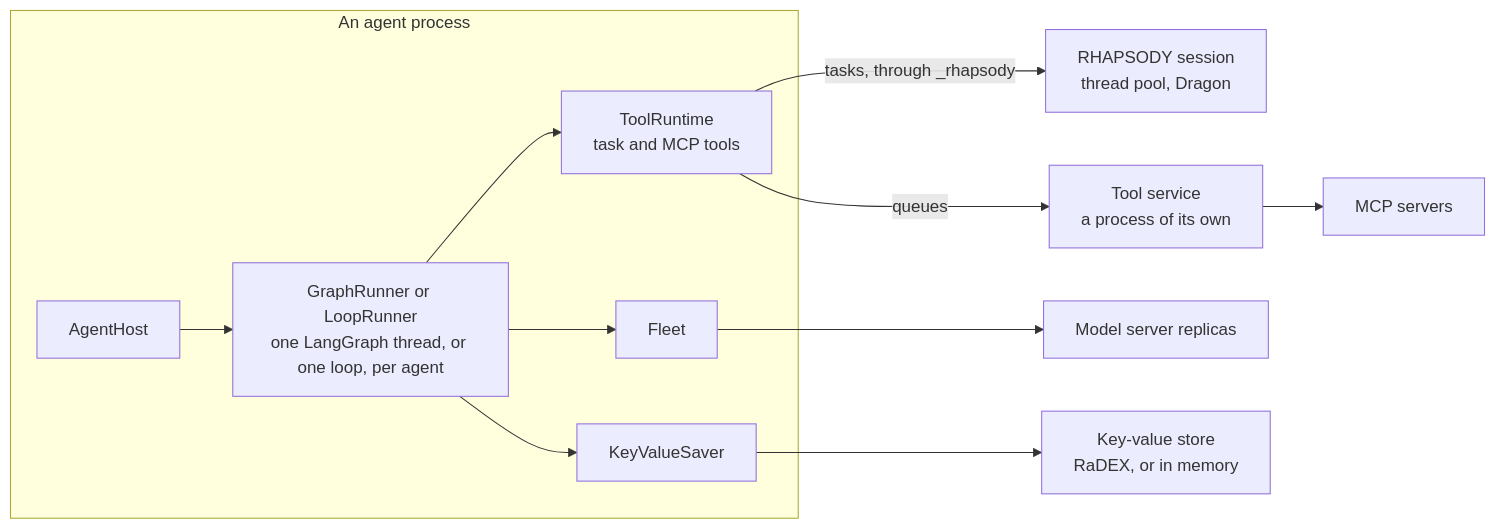
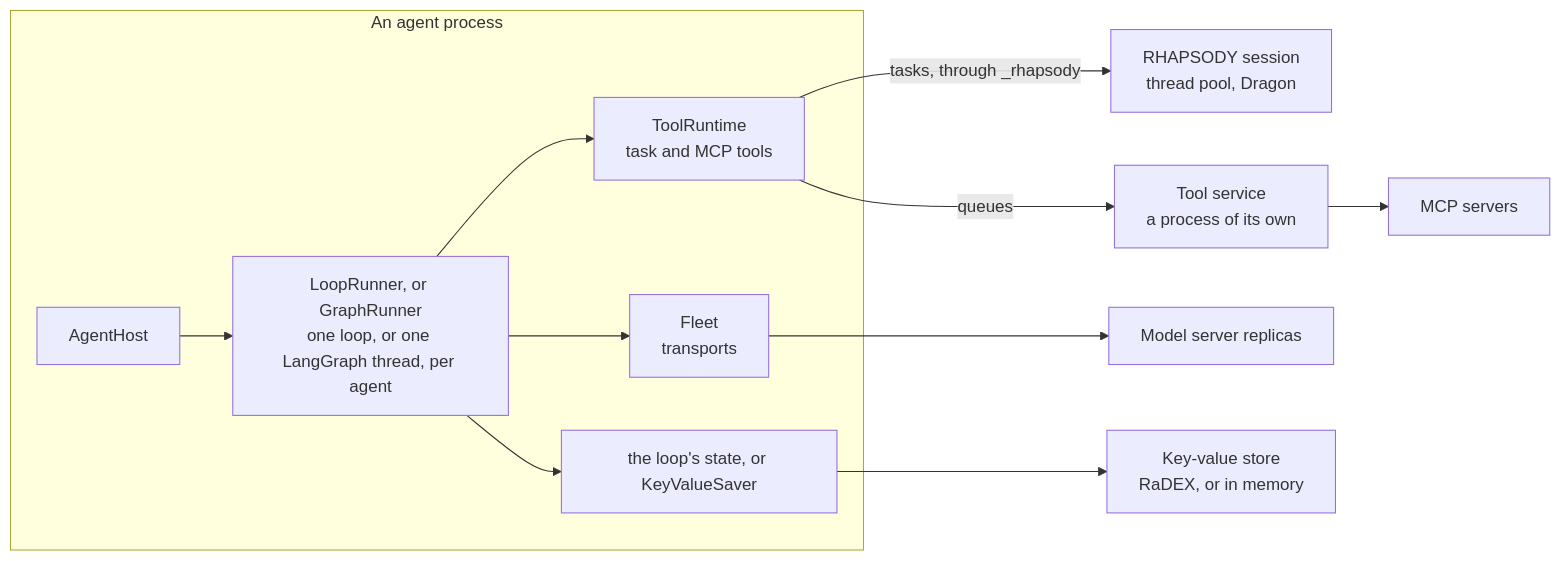
Before and after one commit to stride-research/flowgentic: the first of 4 diagrams in docs/architecture.md, drawn with Mermaid. The commit also changed other lines of this file and 16 other files, not shown here.

First line of the commit message:
Make LangGraph optional: agents at scale run on Flowgentic's loop

````diff
--- a/docs/architecture.md
+++ b/docs/architecture.md
@@ -22,19 +24,19 @@
 ```mermaid
 flowchart LR
   subgraph Process[An agent process]
     HOST[AgentHost]
-    RUNNER[GraphRunner or LoopRunner<br/>one LangGraph thread, or one loop, per agent]
+    RUNNER[LoopRunner, or GraphRunner<br/>one loop, or one LangGraph thread, per agent]
     TOOLS[ToolRuntime<br/>task and MCP tools]
-    FLEET[Fleet]
-    SAVER[KeyValueSaver]
+    FLEET[Fleet<br/>transports]
+    SAVER[the loop's state, or KeyValueSaver]
     HOST --> RUNNER
     RUNNER --> TOOLS
     RUNNER --> FLEET
     RUNNER --> SAVER
   end
   TOOLS -- tasks, through _rhapsody --> SESSION[RHAPSODY session<br/>thread pool, Dragon]
   TOOLS -- queues --> SERVICE[Tool service<br/>a process of its own]
   SERVICE --> MCP[MCP servers]
   FLEET --> MODELS[Model server replicas]
   SAVER --> STORE[Key-value store<br/>RaDEX, or in memory]
 ```
````
